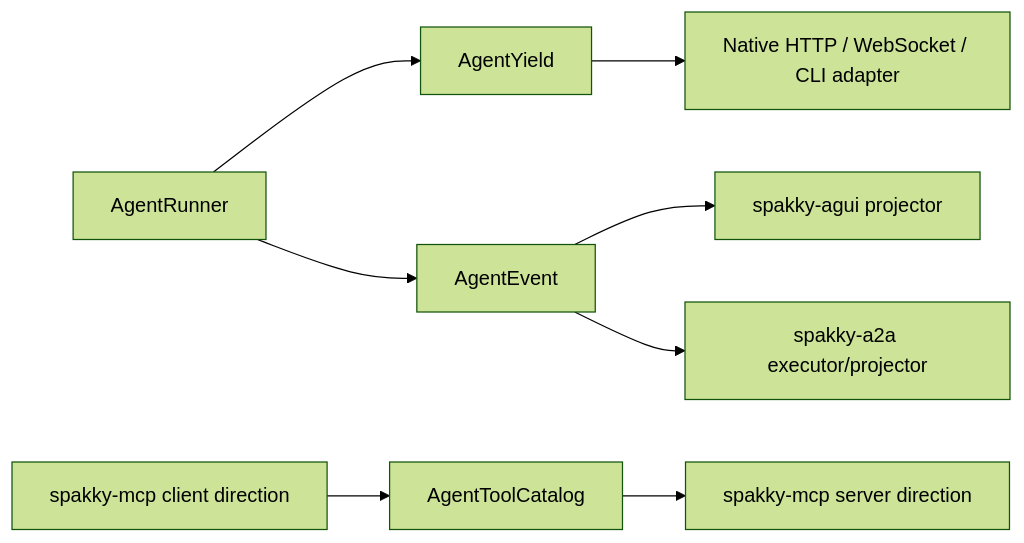
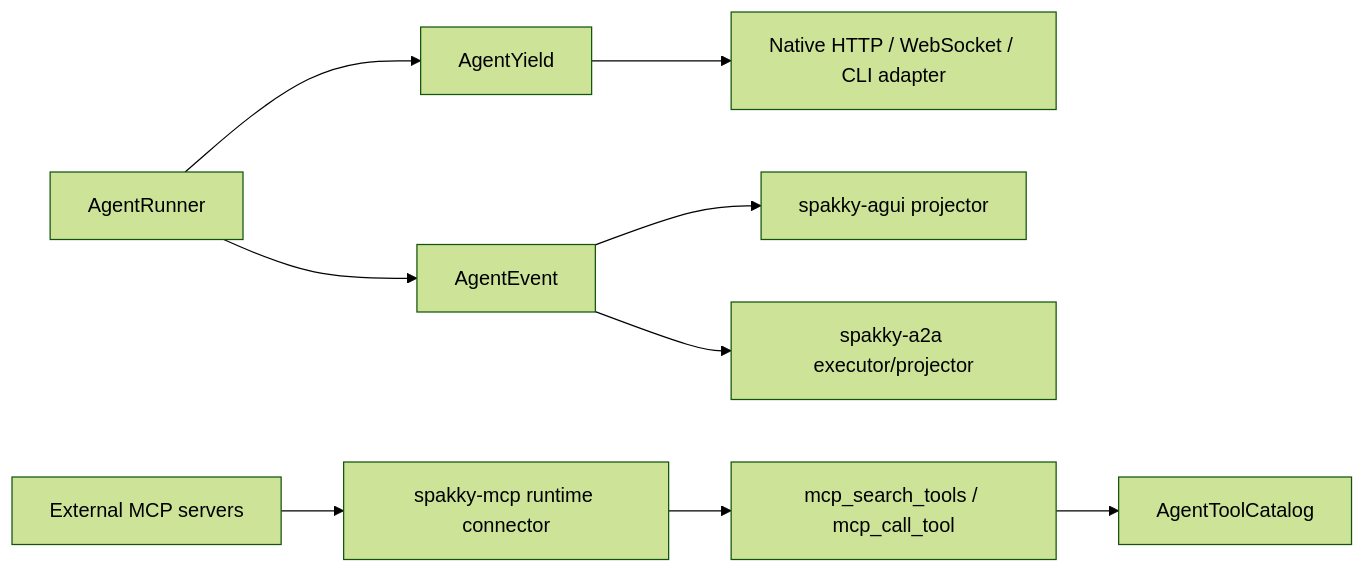
One commit to E5presso/spakky-framework changed the third of 3 diagrams in docs/guides/agents-advanced.md. Above: the diagram before and after it, drawn with Mermaid (forest theme). The commit also changed other lines of this file and 33 other files, not shown here.

First line of the commit message:
feat(mcp)!: make external servers lazy plug-and-play

````diff
--- a/docs/guides/agents-advanced.md
+++ b/docs/guides/agents-advanced.md
@@ -65,10 +65,11 @@
 ```mermaid
 flowchart LR
   Runner[AgentRunner] --> Yield[AgentYield]
   Runner --> Event[AgentEvent]
   Yield --> Native[Native HTTP / WebSocket / CLI adapter]
   Event --> AGUI[spakky-agui projector]
   Event --> A2A[spakky-a2a executor/projector]
-  Catalog[AgentToolCatalog] --> MCPServer[spakky-mcp server direction]
-  MCPClient[spakky-mcp client direction] --> Catalog
+  MCPServers[External MCP servers] --> MCPClient[spakky-mcp runtime connector]
+  MCPClient --> LazyTools[mcp_search_tools / mcp_call_tool]
+  LazyTools --> Catalog[AgentToolCatalog]
 ```
````
